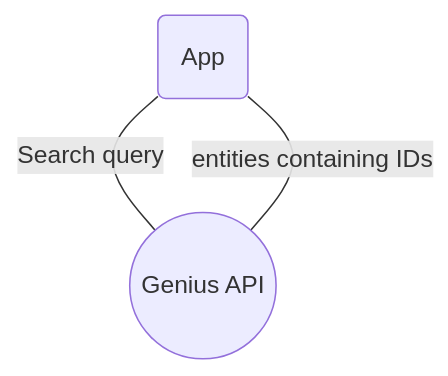
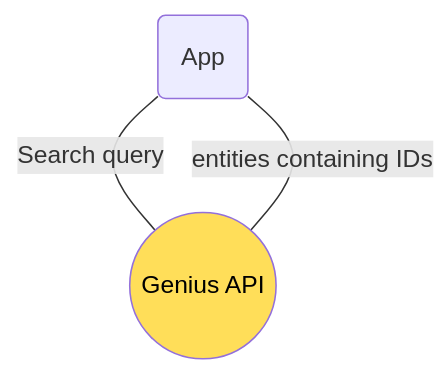
One commit to shub39/Rush changed the diagram in README.md. Above: the diagram before and after it, drawn with Mermaid.

Commit message:
:fire: Flow test

````diff
--- a/README.md
+++ b/README.md
@@ -88,6 +88,7 @@
 ```mermaid
 flowchart
     n1@{ shape: "rounded", label: "App" }
 n1 ---|"Search query"| n2@{ shape: "circle", label: "Genius API" }
 n2 ---|"entities containing IDs"| n1
+style n2 color:#000000,fill:#FFDE59
 ```
````
